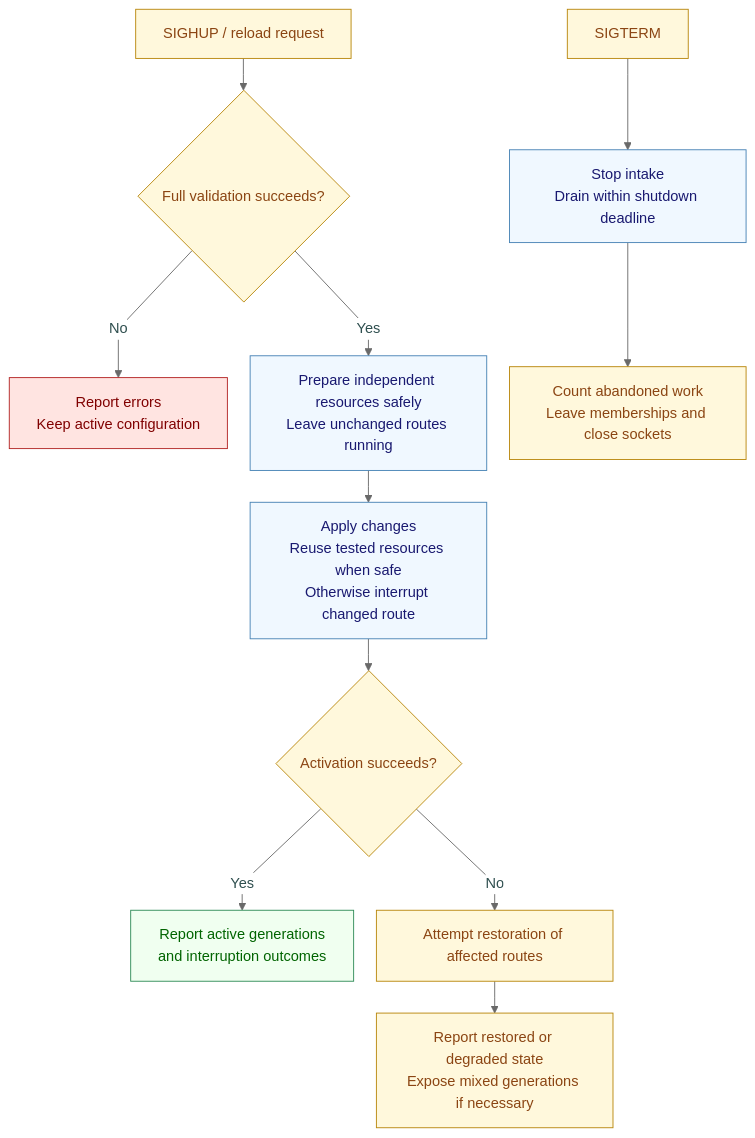
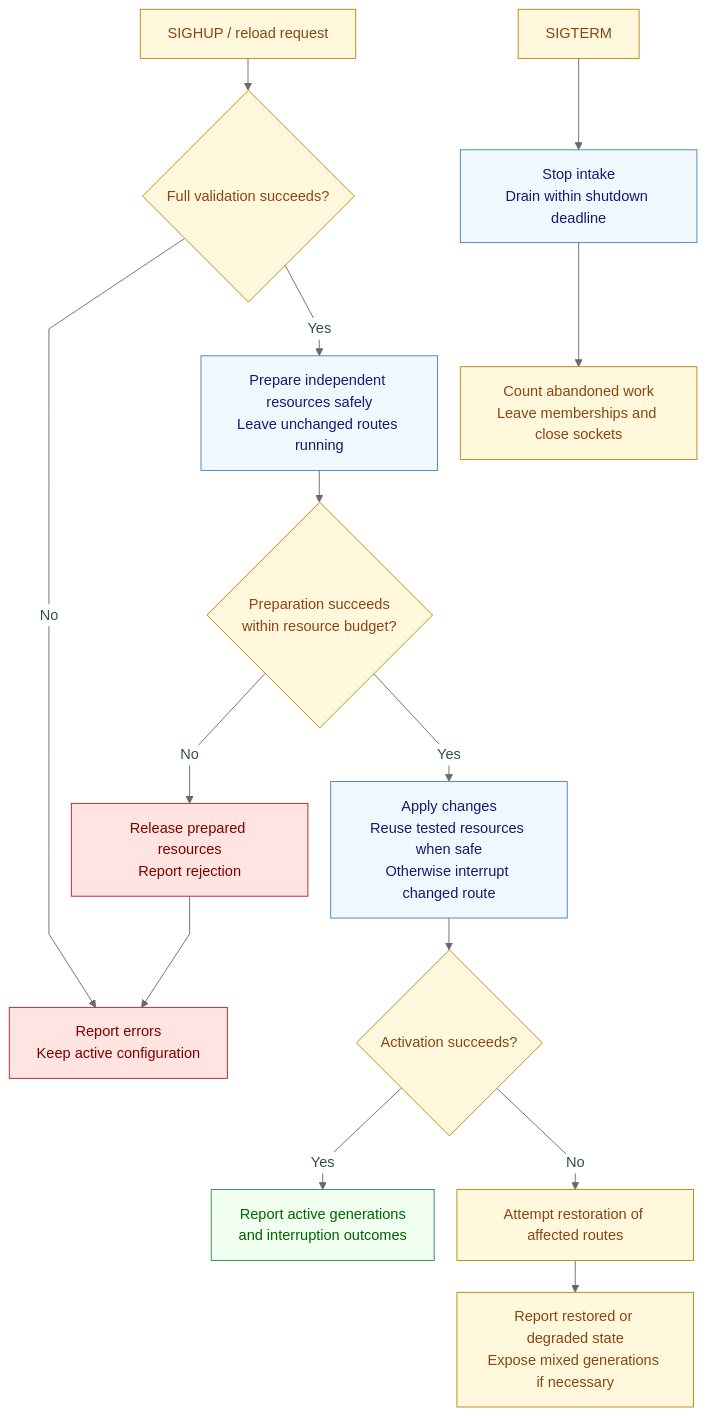
The sixth of 6 diagrams in docs/architecture.md (scufflegrits/multicast-gateway), drawn with Mermaid before and after one commit. The commit also changed other lines of this file and 2 other files, not shown here.

First line of the commit message:
Add logging/HTTP isolation contracts and reload preparation-failure branch (F10-F12)

````diff
--- a/docs/architecture.md
+++ b/docs/architecture.md
@@ -391,29 +391,33 @@
 ```mermaid
 %%{init: {"theme":"base","layout":"dagre","themeVariables":{"background":"white","primaryTextColor":"darkslategray","lineColor":"dimgray","edgeLabelBackground":"white","clusterBkg":"white","clusterBorder":"silver","titleColor":"darkslategray"},"flowchart":{"htmlLabels":true,"curve":"linear","nodeSpacing":25,"rankSpacing":35}}}%%
 flowchart TB
     HUP["SIGHUP / reload request"]:::control
     VALID{"Full validation succeeds?"}:::control
     KEEP["Report errors<br/>Keep active configuration"]:::failure
     PREP["Prepare independent resources safely<br/>Leave unchanged routes running"]:::process
+    PREPOK{"Preparation succeeds<br/>within resource budget?"}:::control
+    CLEAN["Release prepared resources<br/>Report rejection"]:::failure
     APPLY["Apply changes<br/>Reuse tested resources when safe<br/>Otherwise interrupt changed route"]:::process
     OK{"Activation succeeds?"}:::control
     ACTIVE["Report active generations<br/>and interruption outcomes"]:::success
     ROLLBACK["Attempt restoration of affected routes"]:::control
     RESULT["Report restored or degraded state<br/>Expose mixed generations if necessary"]:::control
     HUP --> VALID
     VALID -- "No" --> KEEP
-    VALID -- "Yes" --> PREP --> APPLY --> OK
+    VALID -- "Yes" --> PREP --> PREPOK
+    PREPOK -- "No" --> CLEAN --> KEEP
+    PREPOK -- "Yes" --> APPLY --> OK
     OK -- "Yes" --> ACTIVE
     OK -- "No" --> ROLLBACK --> RESULT
     TERM["SIGTERM"]:::control
     STOP["Stop intake<br/>Drain within shutdown deadline"]:::process
     CLOSE["Count abandoned work<br/>Leave memberships and close sockets"]:::control
     TERM --> STOP --> CLOSE
 
     classDef network fill:whitesmoke,stroke:slategray,color:darkslategray
     classDef process fill:aliceblue,stroke:steelblue,color:midnightblue
     classDef success fill:honeydew,stroke:seagreen,color:darkgreen
     classDef failure fill:mistyrose,stroke:firebrick,color:maroon
     classDef control fill:cornsilk,stroke:darkgoldenrod,color:saddlebrown
     classDef boundary fill:white,stroke:silver,color:darkslategray
 ```
````
